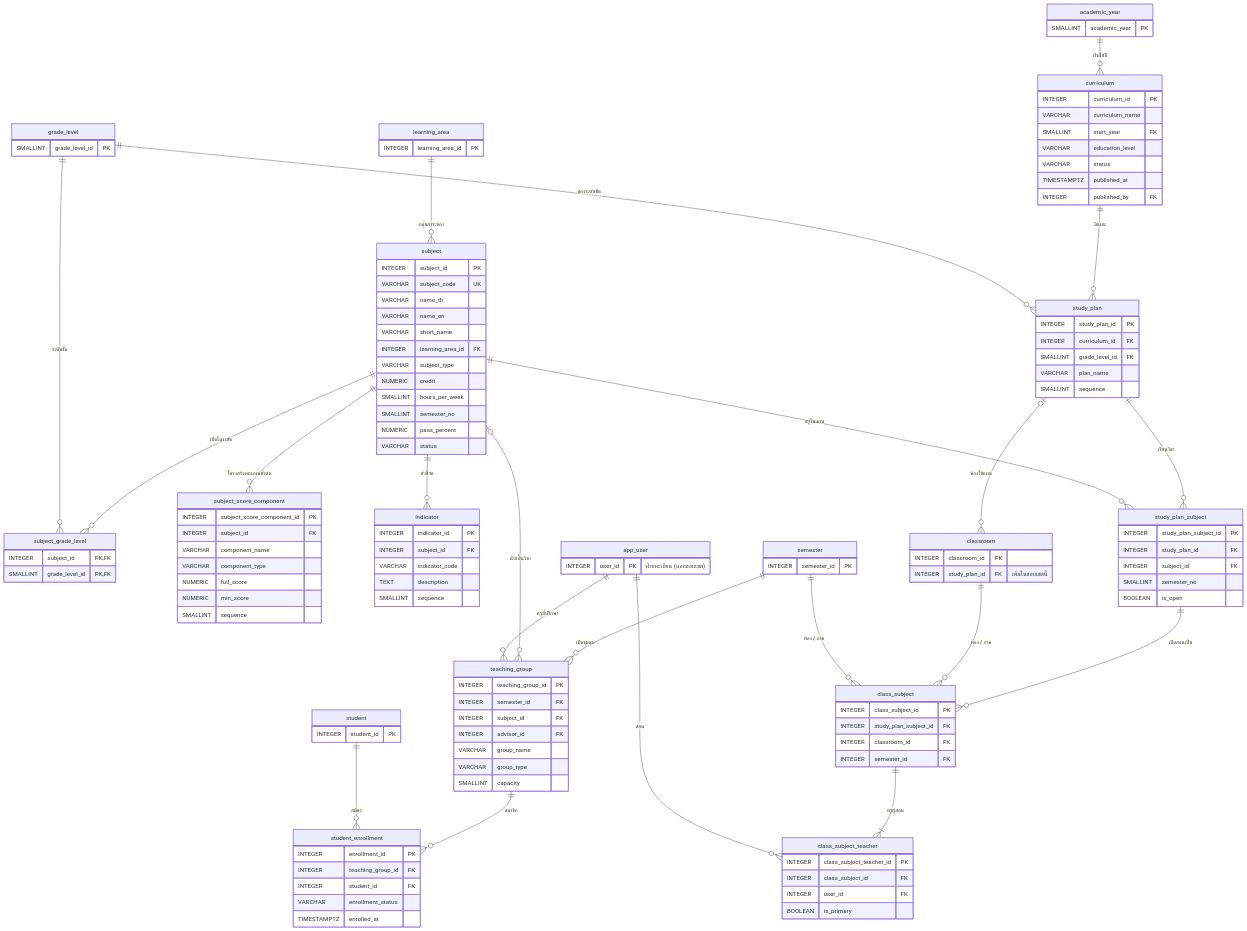
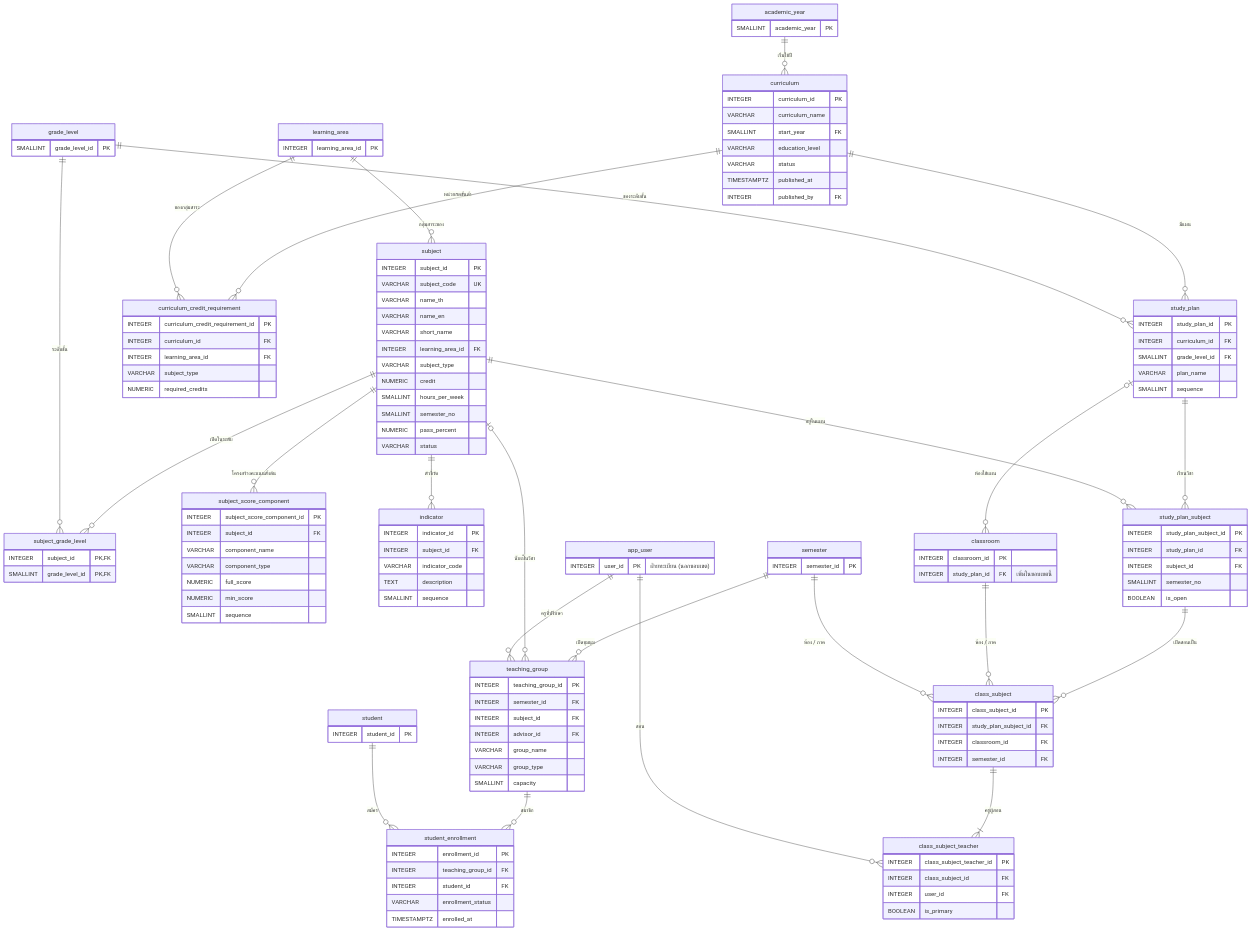
The diagram in docs/database/01-curriculum.md (polymercatzz/Academic), drawn with Mermaid before and after one commit. The commit also changed other lines of this file and 18 other files, not shown here.

```diff
--- a/docs/database/01-curriculum.md
+++ b/docs/database/01-curriculum.md
@@ -29,6 +30,8 @@
     subject ||--o{ indicator : "ตัวชี้วัด"
 
     academic_year ||--o{ curriculum : "เริ่มใช้ปี"
+    curriculum ||--o{ curriculum_credit_requirement : "หน่วยกิตขั้นต่ำ"
+    learning_area ||--o{ curriculum_credit_requirement : "ของกลุ่มสาระ"
     curriculum ||--o{ study_plan : "มีแผน"
     grade_level ||--o{ study_plan : "ของระดับชั้น"
     study_plan ||--o{ study_plan_subject : "เรียนวิชา"
@@ -89,6 +92,13 @@
         VARCHAR status
         TIMESTAMPTZ published_at
         INTEGER published_by FK
+    }
+    curriculum_credit_requirement {
+        INTEGER curriculum_credit_requirement_id PK
+        INTEGER curriculum_id FK
+        INTEGER learning_area_id FK
+        VARCHAR subject_type
+        NUMERIC required_credits
     }
     study_plan {
         INTEGER study_plan_id PK
```
